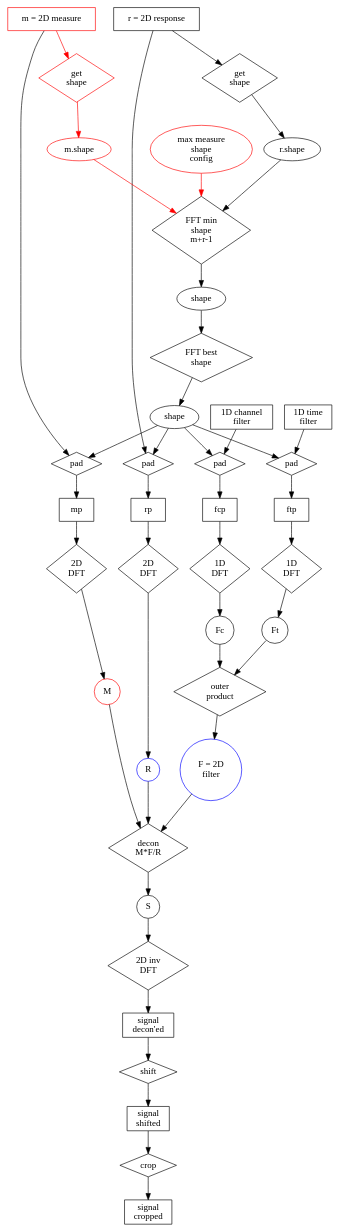
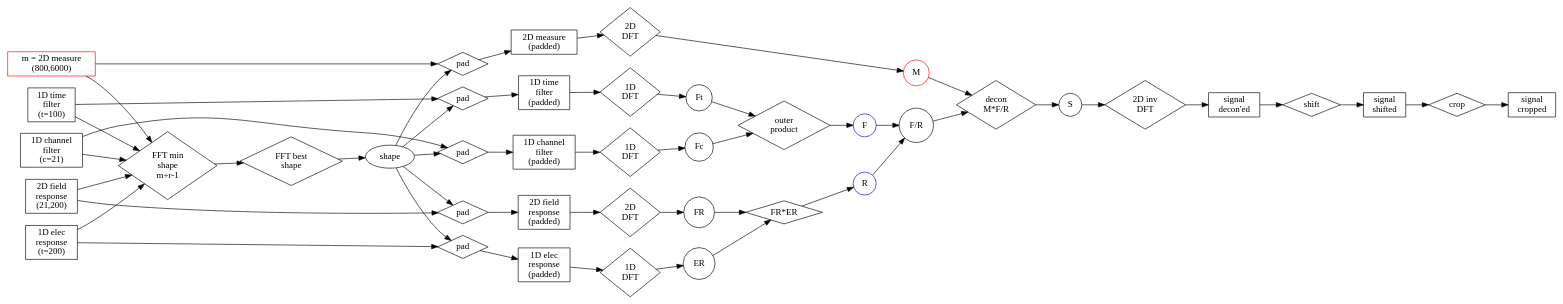
One commit to WireCell/spng changed the diagram in docs/decon-flow.dot. Above: the diagram before and after it, drawn with Graphviz. The commit also changed 5 other files, not shown here.

Commit message:
Sus out decon flow and factoring more at conceptual level and add thread safe map/cache as a start to implement a kernel provider

```diff
--- a/docs/decon-flow.dot
+++ b/docs/decon-flow.dot
@@ -1,66 +1,90 @@
 digraph deconflow {
+    rankdir=LR
     // interval
     node[shape=box]
-    m[label="m = 2D measure",color=red] mp
-    r[label="r = 2D response"] rp
-    fc[label="1D channel\nfilter"] fcp
-    ft[label="1D time\nfilter"] ftp
+    m[label="m = 2D measure\n(800,6000)",color=red]
+    mp[label="2D measure\n(padded)"]
+
+    fr[label="2D field\nresponse\n(21,200)"]
+    frp[label="2D field\nresponse\n(padded)"]
+
+    er[label="1D elec\nresponse\n(t=200)"]
+    erp[label="1D elec\nresponse\n(padded)"]
+
+    fc[label="1D channel\nfilter\n(c=21)"]
+    fcp[label="1D channel\nfilter\n(padded)"]
+    ft[label="1D time\nfilter\n(t=100)"]
+    ftp[label="1D time\nfilter\n(padded)"]
     sasis[label="signal\ndecon'ed"]
     sfull[label="signal\nshifted"]
     s[label="signal\ncropped"]
 
     node[shape=ellipse]
-    maxshape[label="max measure\nshape\nconfig",color=red]
-    mshape[label="m.shape",color=red]
-    rshape[label="r.shape"]
-    fftshape[label="shape"]
     bestshape[label="shape"]
 
     // Fourier
     node[shape=circle]
     M[color=red]
     R[color=blue]
+    ER
+    FR
     Fc
     Ft
-    F[label="F = 2D\nfilter", color=blue]
+    F[label="F", color=blue]
+    FdivR[label="F/R"]
+
     S
 
     // operations
     node[shape=diamond]
-    shape_m[label="get\nshape",color=red]
-    shape_r[label="get\nshape"]
     pad_m[label="pad"]
-    pad_r[label="pad"]
+    pad_fr[label="pad"]
+    pad_er[label="pad"]
     pad_fc[label="pad"]
     pad_ft[label="pad"]
     fft_m[label="2D \nDFT"]
-    fft_r[label="2D \nDFT"]
+    fft_fr[label="2D \nDFT"]
+    fft_er[label="1D \nDFT"]
     fft_fc[label="1D \nDFT"]
     fft_ft[label="1D \nDFT"]
     infft[label="2D inv\nDFT"]
     cross[label="outer\nproduct"]
     fft_shape[label="FFT min\nshape\nm+r-1"]
     best_shape[label="FFT best\nshape"]
     decon[label="decon\nM*F/R"]
+    frer_mult[label="FR*ER"]
     shift
     crop
 
-    maxshape->fft_shape[color=red]
-    m->shape_m->mshape->fft_shape[color=red]
-    r->shape_r->rshape->fft_shape->fftshape
-    fftshape->best_shape->bestshape
+    m->fft_shape
+    fr->fft_shape
+    er->fft_shape
+    fc->fft_shape
+    ft->fft_shape
+
+    fft_shape->best_shape->bestshape
+
     
     bestshape->pad_m
-    bestshape->pad_r
+    bestshape->pad_fr
+    bestshape->pad_er
     bestshape->pad_fc
     bestshape->pad_ft
 
     m->pad_m->mp->fft_m->M->decon
-    r->pad_r->rp->fft_r->R->decon
+    fr->pad_fr->frp->fft_fr->FR->frer_mult
+    er->pad_er->erp->fft_er->ER->frer_mult
 
-    fc->pad_fc->fcp->fft_fc->Fc->cross
-    ft->pad_ft->ftp->fft_ft->Ft->cross->F->decon
+    fc->pad_fc->fcp->fft_fc->Fc
+    ft->pad_ft->ftp->fft_ft->Ft
 
-    decon->S->infft->sasis->shift->sfull->crop->s;
+    frer_mult->R
+    Fc->cross
+    Ft->cross
+    cross->F
+    R->FdivR
+    F->FdivR
+
+    FdivR->decon->S->infft->sasis->shift->sfull->crop->s;
 
     }
```
